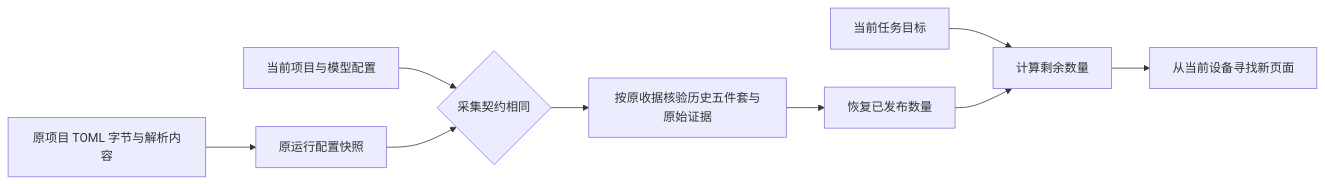
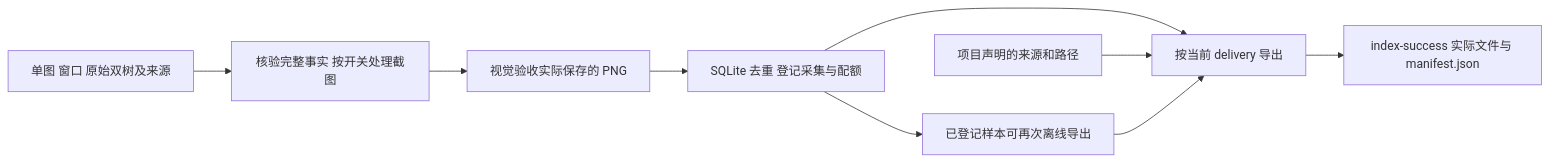
Before and after one commit to HoldThatThgt/Har-GUI: the diagram in docs/delivery-contract.md, drawn with Mermaid. The commit also changed other lines of this file and 54 other files, not shown here.

````diff
--- a/docs/delivery-contract.md
+++ b/docs/delivery-contract.md
@@ -123,11 +7,11 @@
 ```mermaid
 flowchart LR
-    Current[当前项目与模型配置] --> Contract{采集契约相同}
-    Raw[原项目 TOML 字节与解析内容] --> Saved
-    Saved[原运行配置快照] --> Contract
-    Contract --> Verify[按原收据核验历史五件套与原始证据]
-    Verify --> Count[恢复已发布数量]
-    Target[当前任务目标] --> Remaining[计算剩余数量]
-    Count --> Remaining
-    Remaining --> Run[从当前设备寻找新页面]
+    Raw[单图 窗口 原始双树及来源] --> Prepare[核验完整事实 按开关处理截图]
+    Prepare --> Visual[视觉验收实际保存的 PNG]
+    Visual --> Register[SQLite 去重 登记采集与配额]
+    Register --> Export[按当前 delivery 导出]
+    Rules[项目声明的来源和路径] --> Export
+    Export --> Result[index-success 实际文件与 manifest.json]
+    Register --> Retry[已登记样本可再次离线导出]
+    Retry --> Export
 ```
````
